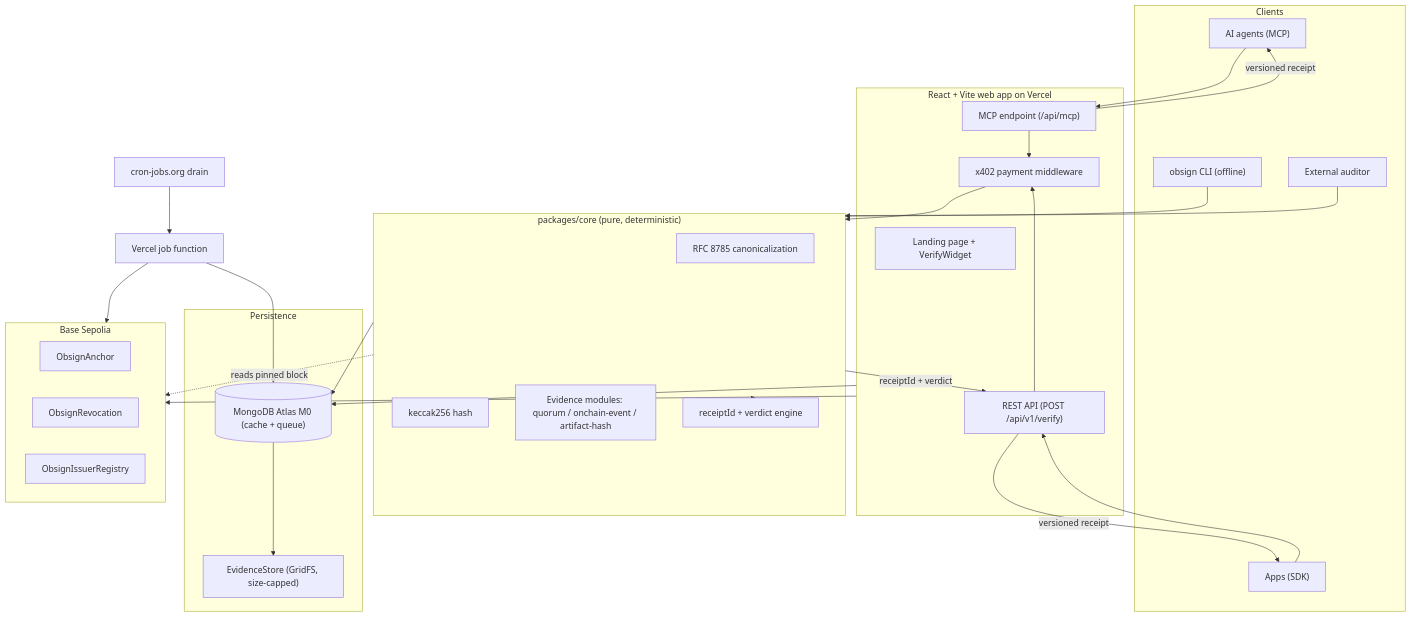
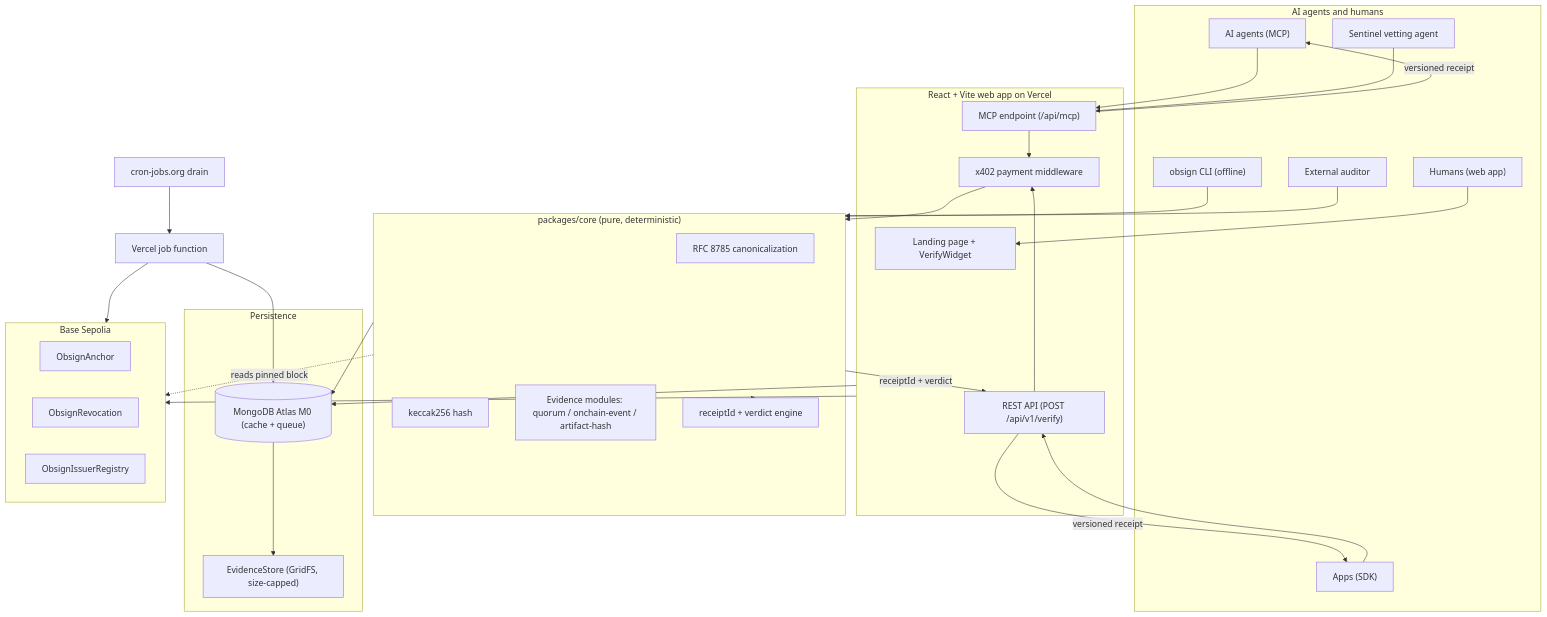
The diagram in README.md (Dominion116/obsign), drawn with Mermaid before and after one commit. The commit also changed other lines of this file and 3 other files, not shown here.

First line of the commit message:
docs(web): update branding and documentation for AI agents and humans

````diff
--- a/README.md
+++ b/README.md
@@ -67,57 +179,61 @@
 ```mermaid
 flowchart TB
-    subgraph Clients["Clients"]
+    subgraph Clients["AI agents and humans"]
         AGENT["AI agents (MCP)"]
         APP["Apps (SDK)"]
+        HUMAN["Humans (web app)"]
         CLI["obsign CLI (offline)"]
         AUDITOR["External auditor"]
+        SENTINEL["Sentinel vetting agent"]
     end
 
     subgraph API["React + Vite web app on Vercel"]
         UI["Landing page + VerifyWidget"]
         REST["REST API (POST /api/v1/verify)"]
         MCP["MCP endpoint (/api/mcp)"]
         X402["x402 payment middleware"]
     end
 
     subgraph Core["packages/core (pure, deterministic)"]
         CANON["RFC 8785 canonicalization"]
         HASH["keccak256 hash"]
         MODS["Evidence modules: quorum / onchain-event / artifact-hash"]
         RECEIPT["receiptId + verdict engine"]
     end
 
     subgraph Data["Persistence"]
         DB[("MongoDB Atlas M0 (cache + queue)")]
         STORE["EvidenceStore (GridFS, size-capped)"]
     end
 
     subgraph Chain["Base Sepolia"]
         ANCHOR["ObsignAnchor"]
         REVOKE["ObsignRevocation"]
         REG["ObsignIssuerRegistry"]
     end
 
     AGENT --> MCP
     APP --> REST
     REST --> X402
     MCP --> X402
     X402 --> Core
     CLI --> Core
     AUDITOR --> Core
+    HUMAN --> UI
+    SENTINEL --> MCP
 
     Core --> RECEIPT
     Core --> DB
     DB --> STORE
 
     API --> DB
     CRON["cron-jobs.org drain"] --> JOB["Vercel job function"]
     JOB --> DB
     JOB --> Chain
     API --> Chain
     Core -. "reads pinned block" .-> Chain
 
     Core -->|"receiptId + verdict"| REST
     REST -->|"versioned receipt"| APP
     MCP -->|"versioned receipt"| AGENT
 ```
````
